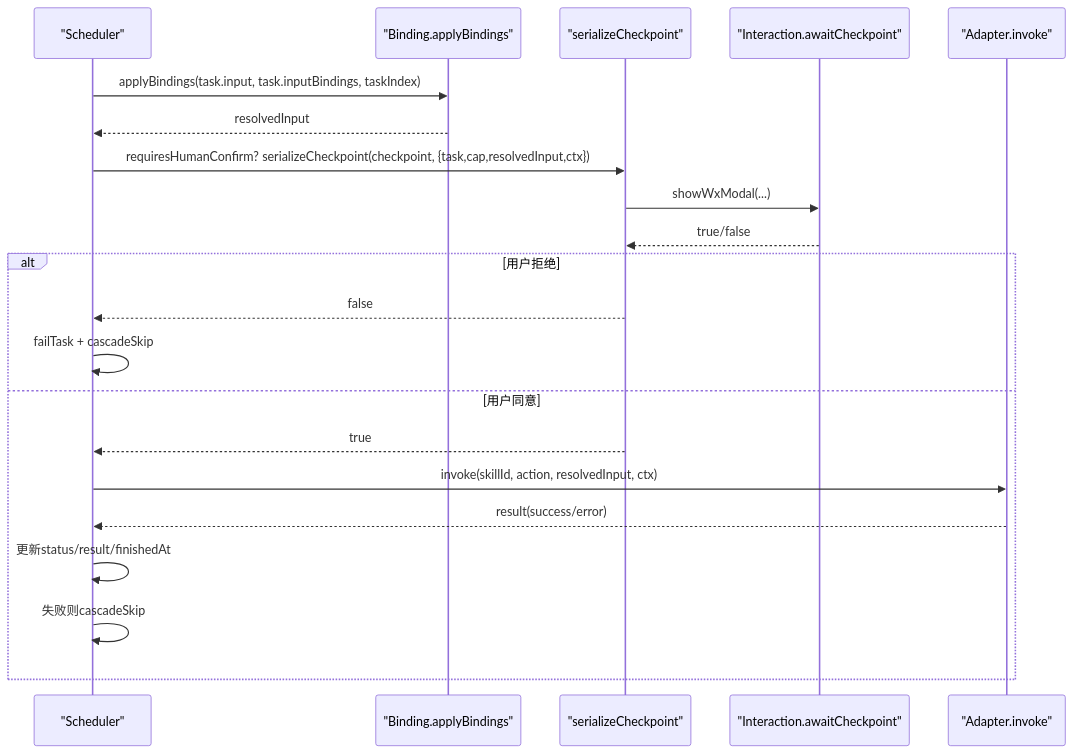
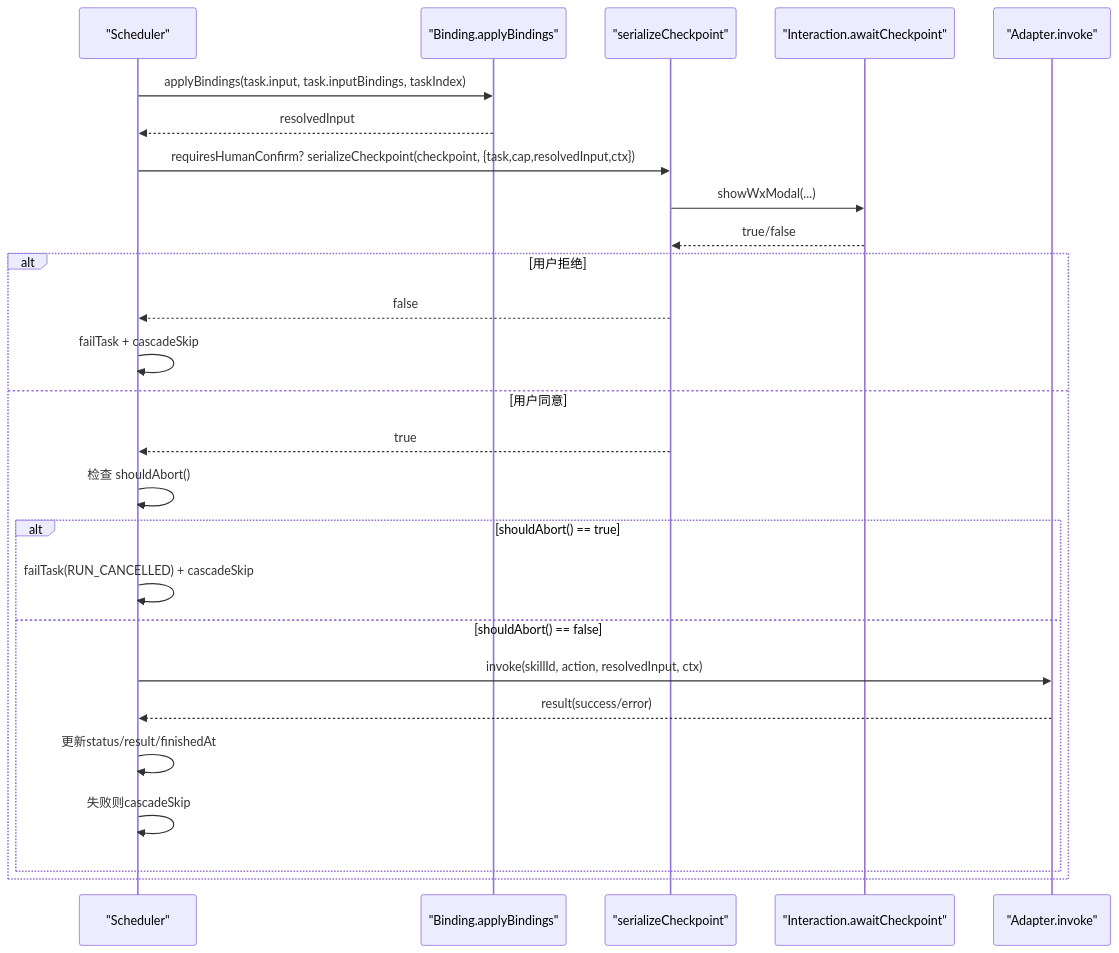
One commit to Ichi-Hackton/WAIC-WeChat-MiniProgram changed the fourth of 8 diagrams in .qoder/repowiki/zh/content/核心模块/Scheduler调度器.md. Above: the diagram before and after it, drawn with Mermaid. The commit also changed other lines of this file and 33 other files, not shown here.

````diff
--- a/.qoder/repowiki/zh/content/核心模块/Scheduler调度器.md
+++ b/.qoder/repowiki/zh/content/核心模块/Scheduler调度器.md
@@ -166,23 +176,28 @@
 ```mermaid
 sequenceDiagram
 participant S as "Scheduler"
 participant B as "Binding.applyBindings"
 participant C as "serializeCheckpoint"
 participant I as "Interaction.awaitCheckpoint"
 participant A as "Adapter.invoke"
 S->>B : applyBindings(task.input, task.inputBindings, taskIndex)
 B-->>S : resolvedInput
 S->>C : requiresHumanConfirm? serializeCheckpoint(checkpoint, {task,cap,resolvedInput,ctx})
 C->>I : showWxModal(...)
 I-->>C : true/false
 alt 用户拒绝
 C-->>S : false
 S->>S : failTask + cascadeSkip
 else 用户同意
 C-->>S : true
+S->>S : 检查 shouldAbort()
+alt shouldAbort() == true
+S->>S : failTask(RUN_CANCELLED) + cascadeSkip
+else shouldAbort() == false
 S->>A : invoke(skillId, action, resolvedInput, ctx)
 A-->>S : result(success/error)
 S->>S : 更新status/result/finishedAt
 S->>S : 失败则cascadeSkip
 end
+end
 ```
````
